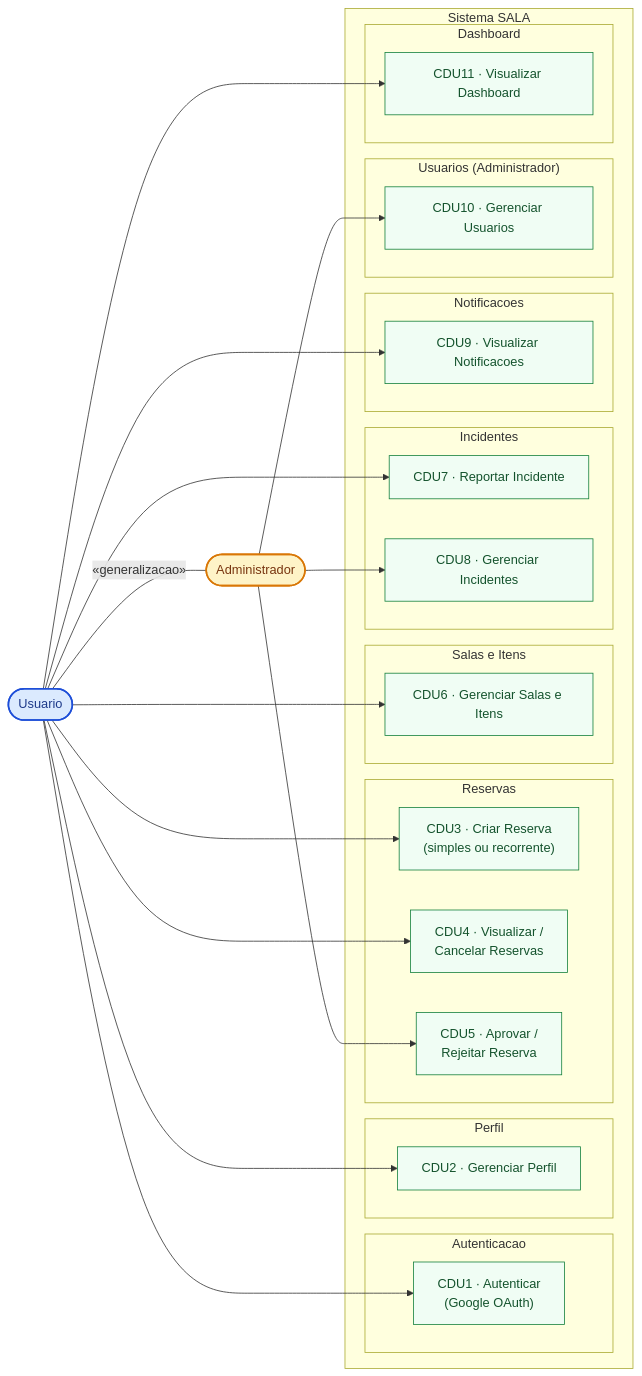
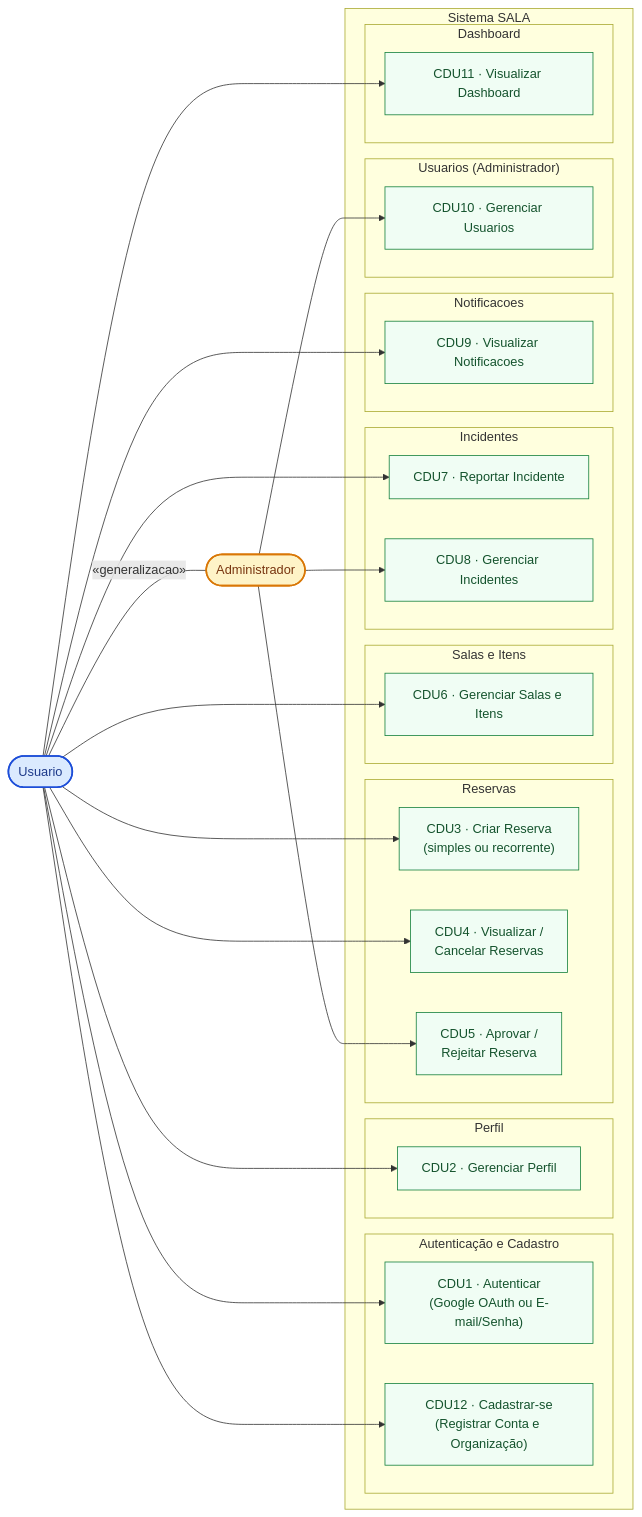
One commit to oCaioAug/SALA changed the diagram in docs/Diagrama-Casos-de-Uso-Web.md. Above: the diagram before and after it, drawn with Mermaid. The commit also changed other lines of this file and 5 other files, not shown here.

Commit message:
docs: add project architectural and process documentation including UML diagrams

````diff
--- a/docs/Diagrama-Casos-de-Uso-Web.md
+++ b/docs/Diagrama-Casos-de-Uso-Web.md
@@ -3,72 +3,74 @@
 ```mermaid
 graph LR
     %% -- Atores --
     User(["Usuario"])
     Admin(["Administrador"])
 
     %% Generalizacao: Administrador e um Usuario
     User ---|"«generalizacao»"| Admin
 
     %% -- Casos de Uso --
     subgraph sistema_sala ["Sistema SALA"]
 
-        subgraph auth ["Autenticacao"]
-            CDU1["CDU1 · Autenticar\n(Google OAuth)"]
+        subgraph auth ["Autenticação e Cadastro"]
+            CDU1["CDU1 · Autenticar\n(Google OAuth ou E-mail/Senha)"]
+            CDU12["CDU12 · Cadastrar-se\n(Registrar Conta e Organização)"]
         end
 
         subgraph perfil ["Perfil"]
             CDU2["CDU2 · Gerenciar Perfil"]
         end
 
         subgraph reservas ["Reservas"]
             CDU3["CDU3 · Criar Reserva\n(simples ou recorrente)"]
             CDU4["CDU4 · Visualizar /\nCancelar Reservas"]
             CDU5["CDU5 · Aprovar /\nRejeitar Reserva"]
         end
 
         subgraph salas ["Salas e Itens"]
             CDU6["CDU6 · Gerenciar Salas e Itens"]
         end
 
         subgraph incidentes ["Incidentes"]
             CDU7["CDU7 · Reportar Incidente"]
             CDU8["CDU8 · Gerenciar Incidentes"]
         end
 
         subgraph notificacoes ["Notificacoes"]
             CDU9["CDU9 · Visualizar Notificacoes"]
         end
 
         subgraph usuarios_mgmt ["Usuarios (Administrador)"]
             CDU10["CDU10 · Gerenciar Usuarios"]
         end
 
         subgraph dashboard ["Dashboard"]
             CDU11["CDU11 · Visualizar Dashboard"]
         end
     end
 
     %% -- Relacionamentos - Usuario --
     User --> CDU1
+    User --> CDU12
     User --> CDU2
     User --> CDU3
     User --> CDU4
     User --> CDU6
     User --> CDU7
     User --> CDU9
     User --> CDU11
 
     %% -- Relacionamentos - Administrador (exclusivos) --
     Admin --> CDU5
     Admin --> CDU8
     Admin --> CDU10
 
     %% -- Estilos --
     classDef actorClass fill:#dbeafe,stroke:#1d4ed8,stroke-width:2px,color:#1e3a8a
     classDef adminClass fill:#fef3c7,stroke:#d97706,stroke-width:2px,color:#78350f
     classDef ucClass fill:#f0fdf4,stroke:#15803d,stroke-width:1px,color:#14532d
 
     class User actorClass
     class Admin adminClass
-    class CDU1,CDU2,CDU3,CDU4,CDU5,CDU6,CDU7,CDU8,CDU9,CDU10,CDU11 ucClass
+    class CDU1,CDU12,CDU2,CDU3,CDU4,CDU5,CDU6,CDU7,CDU8,CDU9,CDU10,CDU11 ucClass
 ```
````
